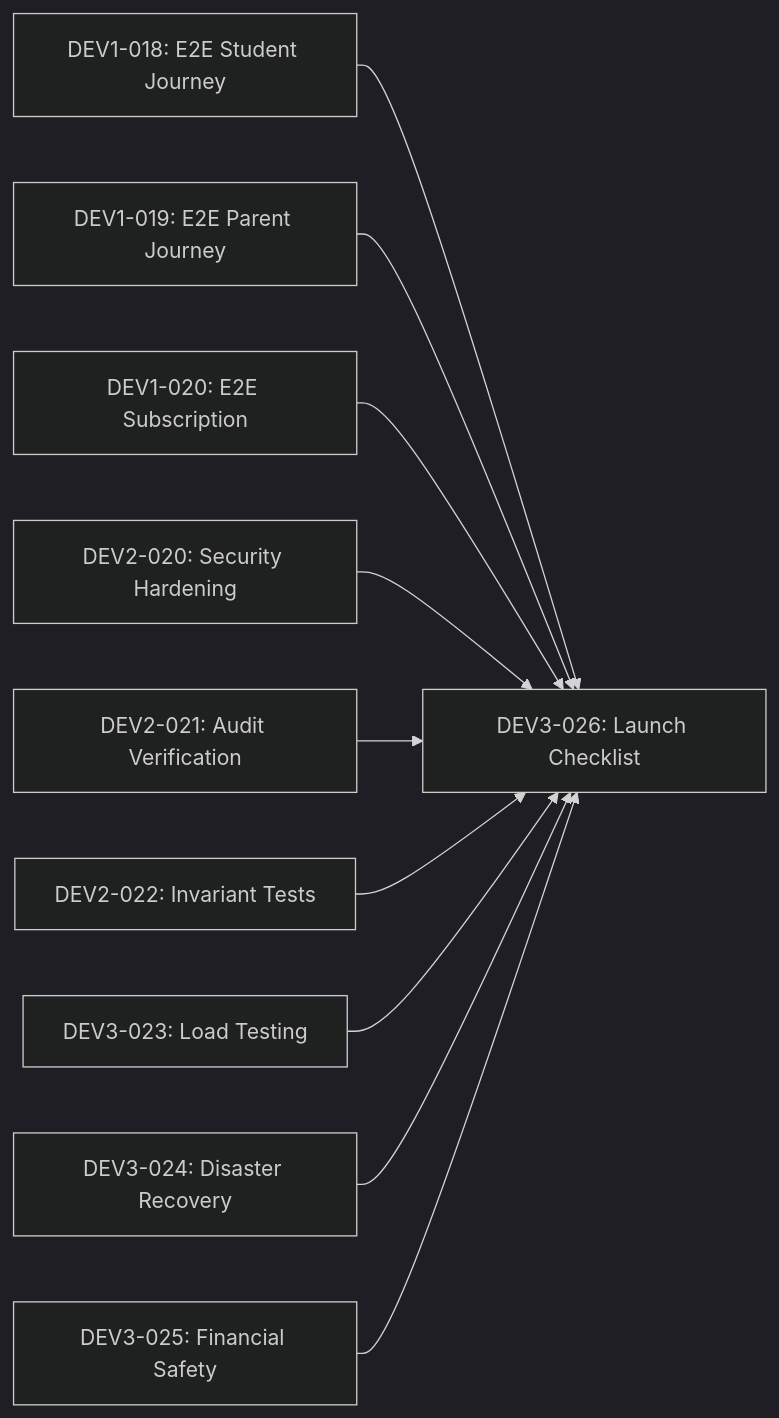
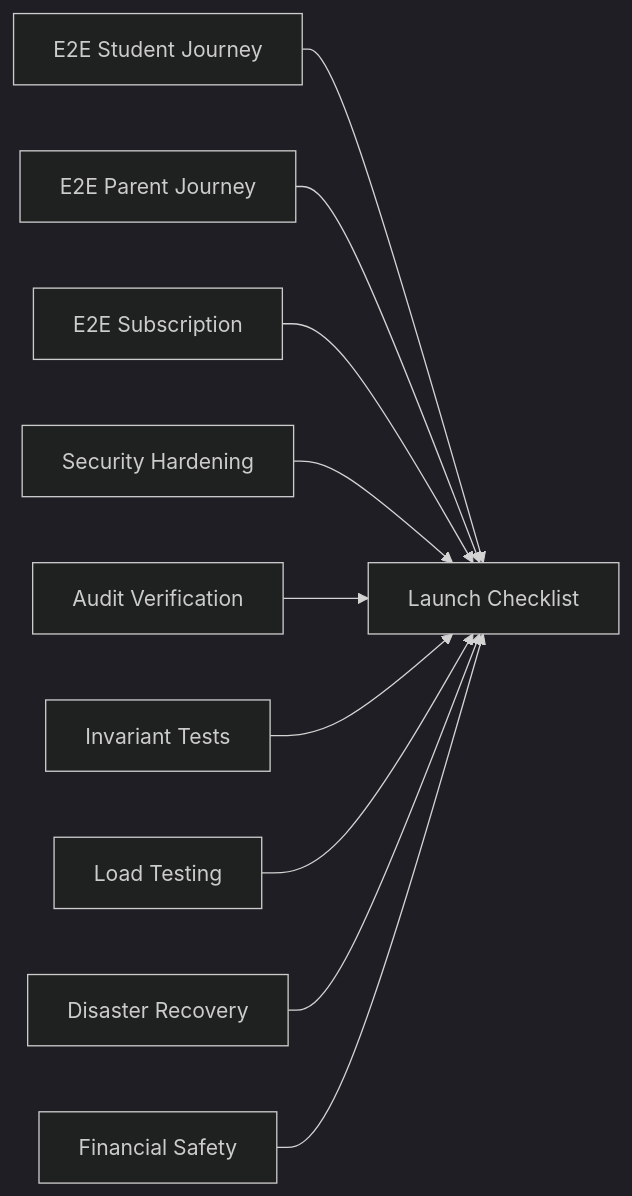
One commit to kottaby/kottaby changed the fifth of 5 diagrams in docs/planning/SPRINT_PLAN.md. Above: the diagram before and after it, drawn with Mermaid (dark theme). The commit also changed other lines of this file and 297 other files, not shown here.

````diff
--- a/docs/planning/SPRINT_PLAN.md
+++ b/docs/planning/SPRINT_PLAN.md
@@ -391,12 +391,12 @@
 ```mermaid
 graph LR
-    DEV1_018[DEV1-018: E2E Student Journey] --> DEV3_026[DEV3-026: Launch Checklist]
-    DEV1_019[DEV1-019: E2E Parent Journey] --> DEV3_026
-    DEV1_020[DEV1-020: E2E Subscription] --> DEV3_026
-    DEV2_020[DEV2-020: Security Hardening] --> DEV3_026
-    DEV2_021[DEV2-021: Audit Verification] --> DEV3_026
-    DEV2_022[DEV2-022: Invariant Tests] --> DEV3_026
-    DEV3_023[DEV3-023: Load Testing] --> DEV3_026
-    DEV3_024[DEV3-024: Disaster Recovery] --> DEV3_026
-    DEV3_025[DEV3-025: Financial Safety] --> DEV3_026
+    DEV1_018[E2E Student Journey] --> DEV3_026[Launch Checklist]
+    DEV1_019[E2E Parent Journey] --> DEV3_026
+    DEV1_020[E2E Subscription] --> DEV3_026
+    DEV2_020[Security Hardening] --> DEV3_026
+    DEV2_021[Audit Verification] --> DEV3_026
+    DEV2_022[Invariant Tests] --> DEV3_026
+    DEV3_023[Load Testing] --> DEV3_026
+    DEV3_024[Disaster Recovery] --> DEV3_026
+    DEV3_025[Financial Safety] --> DEV3_026
 ```
````
